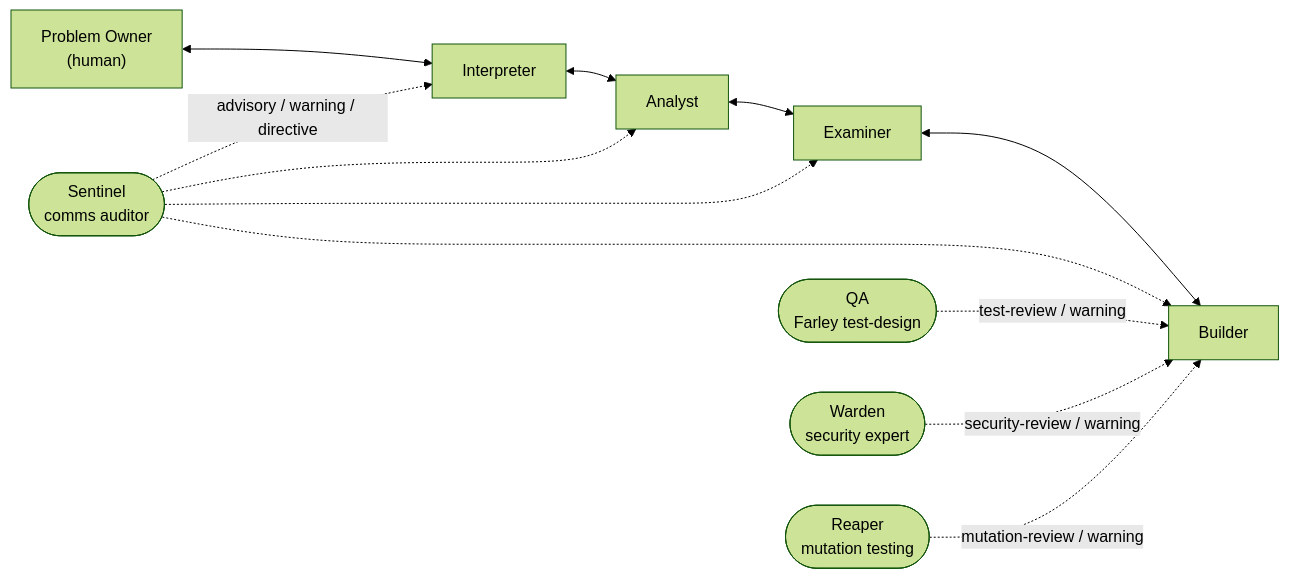
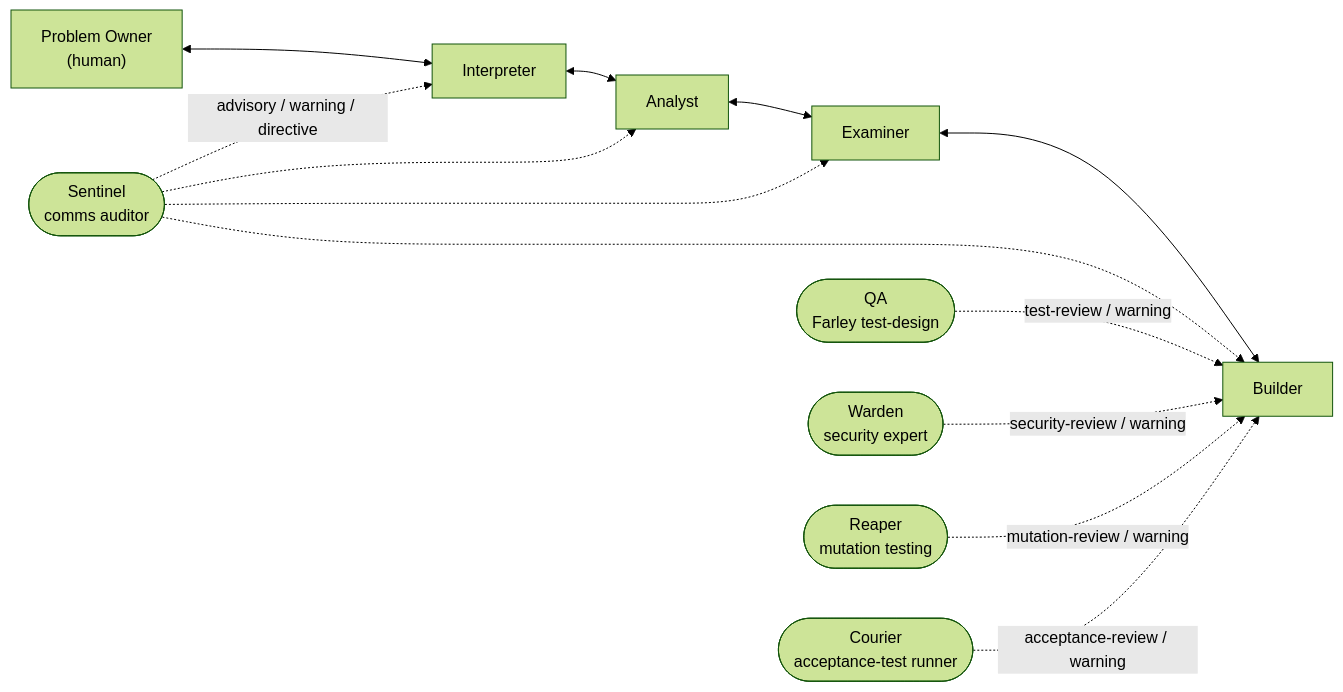
The first of 2 diagrams in README.md (andrealaforgia/relay-agentic-model), drawn with Mermaid (forest theme) before and after one commit. The commit also changed other lines of this file and 8 other files, not shown here.

First line of the commit message:
Add Courier: acceptance-test runner pulled out into its own observer

````diff
--- a/README.md
+++ b/README.md
@@ -13,11 +14,12 @@
 ```mermaid
 flowchart LR
     O["Problem Owner<br/>(human)"] <--> I[Interpreter] <--> A[Analyst] <--> E[Examiner] <--> B[Builder]
     S(["Sentinel<br/>comms auditor"]) -. "advisory / warning / directive" .-> I
     S -.-> A
     S -.-> E
     S -.-> B
     Q(["QA<br/>Farley test-design"]) -. "test-review / warning" .-> B
     W(["Warden<br/>security expert"]) -. "security-review / warning" .-> B
     R(["Reaper<br/>mutation testing"]) -. "mutation-review / warning" .-> B
+    C(["Courier<br/>acceptance-test runner"]) -. "acceptance-review / warning" .-> B
 ```
````
